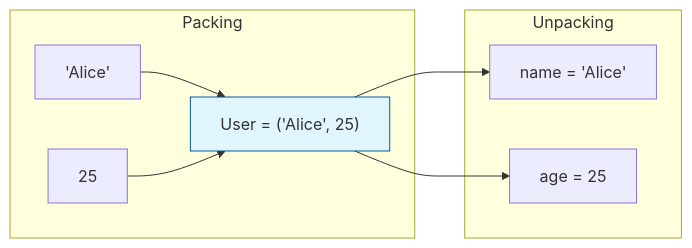
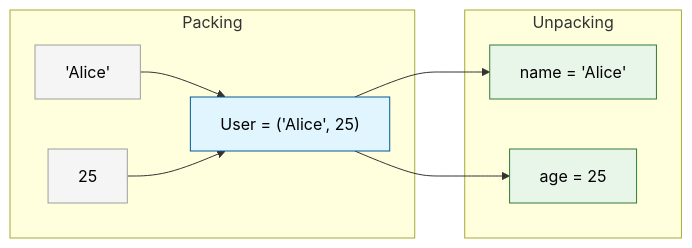
One commit to AyushSingh360/my-python-notebook changed the diagram in 05_Tuples/README.md. Above: the diagram before and after it, drawn with Mermaid. The commit also changed 2 other files, not shown here.

Commit message:
feat: Add detailed READMEs for Python Strings, Tuples, Data Types, and Operators.

````diff
--- a/05_Tuples/README.md
+++ b/05_Tuples/README.md
@@ -43,12 +43,16 @@
 ```mermaid
 graph LR
     subgraph "Packing"
     A["'Alice'"] --> P["User = ('Alice', 25)"]
     B["25"] --> P
     end
     subgraph "Unpacking"
     P --> Name["name = 'Alice'"]
     P --> Age["age = 25"]
     end
-    style P fill:#e1f5fe,stroke:#01579b
+    style A fill:#f5f5f5,stroke:#9e9e9e,color:#000
+    style B fill:#f5f5f5,stroke:#9e9e9e,color:#000
+    style P fill:#e1f5fe,stroke:#01579b,color:#000
+    style Name fill:#e8f5e9,stroke:#2e7d32,color:#000
+    style Age fill:#e8f5e9,stroke:#2e7d32,color:#000
 ```
````
